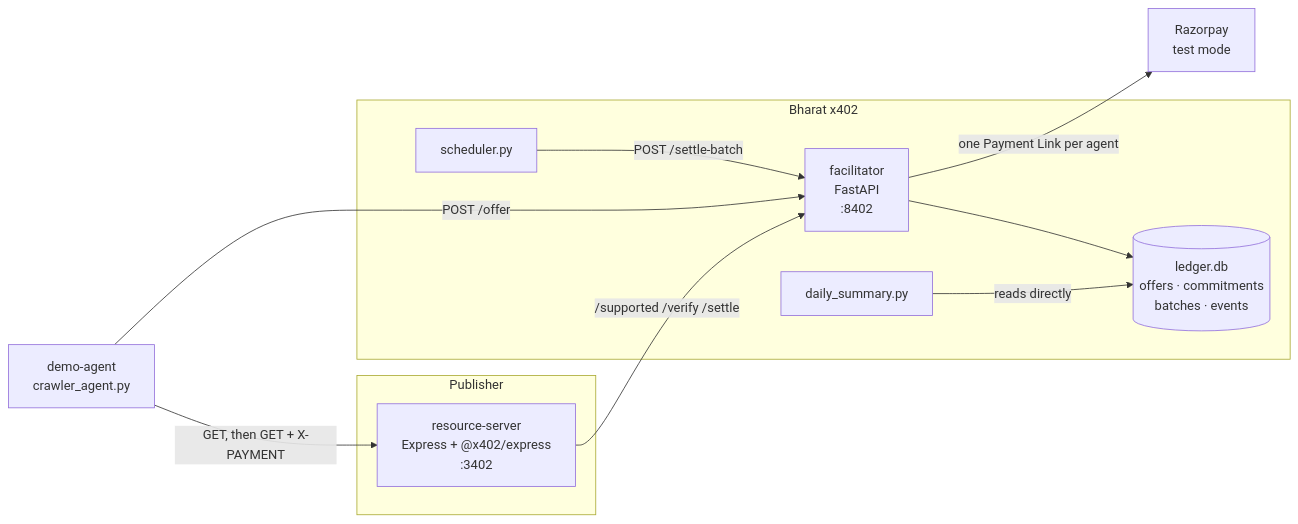
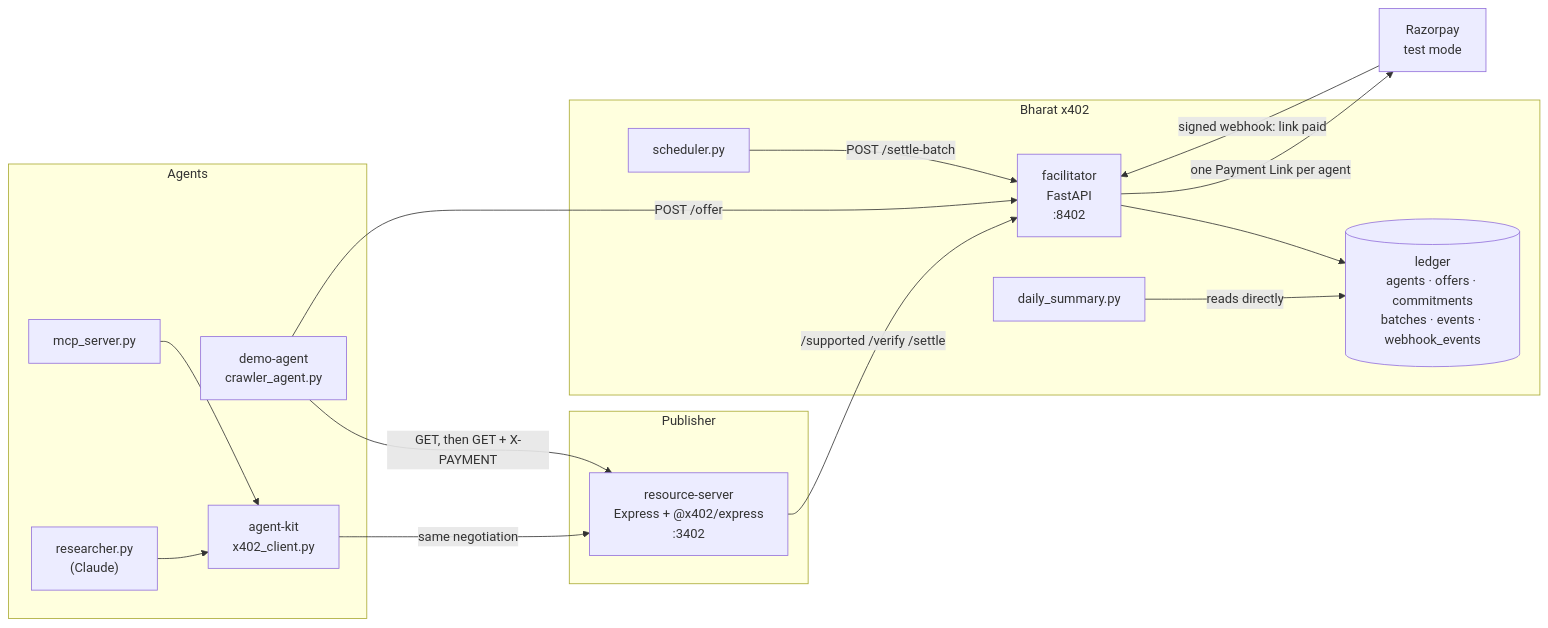
The second of 2 diagrams in docs/architecture.md (MEGA-M1ND/Bharat-x402), drawn with Mermaid before and after one commit. The commit also changed other lines of this file and 4 other files, not shown here.

First line of the commit message:
Stop a dead ledger from hanging the webhook, and teach docs/ about agent-kit (#13)

````diff
--- a/docs/architecture.md
+++ b/docs/architecture.md
@@ -192,22 +192,31 @@
 ```mermaid
 graph LR
     subgraph Publisher
         RS["resource-server<br/>Express + @x402/express<br/>:3402"]
     end
     subgraph "Bharat x402"
         F["facilitator<br/>FastAPI<br/>:8402"]
-        L[("ledger.db<br/>offers · commitments<br/>batches · events")]
+        L[("ledger<br/>agents · offers · commitments<br/>batches · events · webhook_events")]
         S["scheduler.py"]
         D["daily_summary.py"]
     end
-    A["demo-agent<br/>crawler_agent.py"]
+    subgraph Agents
+        A["demo-agent<br/>crawler_agent.py"]
+        K["agent-kit<br/>x402_client.py"]
+        M["mcp_server.py"]
+        C["researcher.py<br/>(Claude)"]
+    end
     R["Razorpay<br/>test mode"]
 
     A -->|"GET, then GET + X-PAYMENT"| RS
     A -->|"POST /offer"| F
+    K -->|"same negotiation"| RS
+    M --> K
+    C --> K
     RS -->|"/supported /verify /settle"| F
     F --> L
     S -->|"POST /settle-batch"| F
     F -->|"one Payment Link per agent"| R
+    R -->|"signed webhook: link paid"| F
     D -->|reads directly| L
 ```
````
